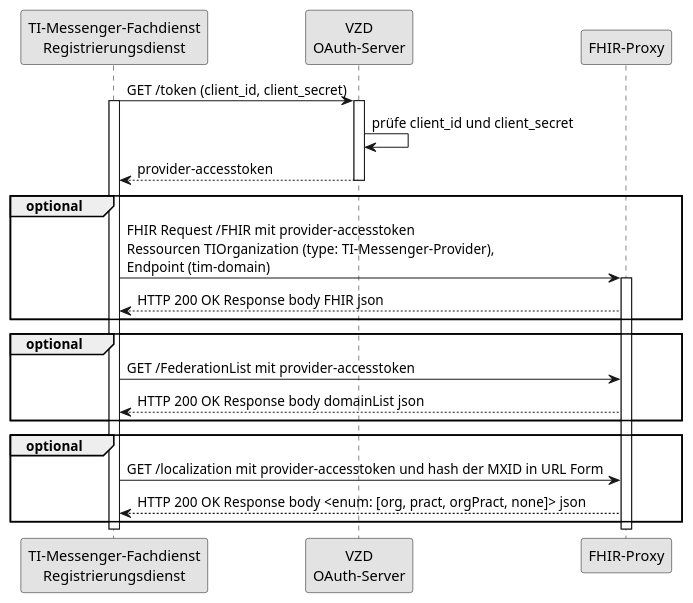
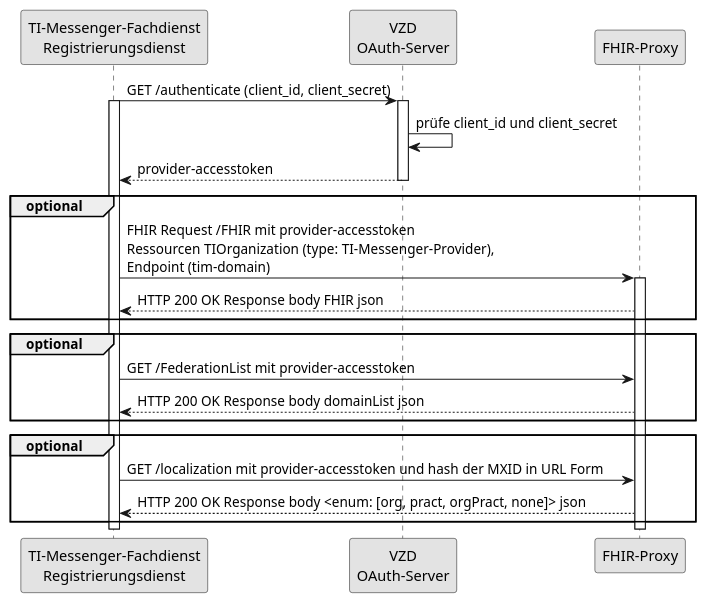
Before and after one commit to gematik/api-vzd: the diagram in src/plantuml/SequenceDiagram.FHIR-Directory.tim_provider_services.puml, drawn with PlantUML.

Commit message:
Update SequenceDiagram.FHIR-Directory.tim_provider_services.puml
GET /token -> GET /authenticate

```diff
--- a/src/plantuml/SequenceDiagram.FHIR-Directory.tim_provider_services.puml
+++ b/src/plantuml/SequenceDiagram.FHIR-Directory.tim_provider_services.puml
@@ -1,32 +1,32 @@
 @startuml I_VZD_TIM_Provider_Services
 skinparam dpi 100
 skinparam WrapWidth 200
 skinparam monochrome true
 
 participant rd as "TI-Messenger-Fachdienst\nRegistrierungsdienst"
 participant oa as "VZD\nOAuth-Server"
 participant fp as "FHIR-Proxy"
 
-rd -> oa: GET /token (client_id, client_secret)
+rd -> oa: GET /authenticate (client_id, client_secret)
 activate rd
 activate oa
 oa -> oa: prüfe client_id und client_secret
 oa --> rd: provider-accesstoken
 deactivate oa
 group optional
 rd -> fp: FHIR Request /FHIR mit provider-accesstoken\nRessourcen TIOrganization (type: TI-Messenger-Provider),\nEndpoint (tim-domain)
 activate fp
 fp --> rd: HTTP 200 OK Response body FHIR json
 end
 group optional
 rd -> fp: GET /FederationList mit provider-accesstoken
 fp --> rd: HTTP 200 OK Response body domainList json
 end
 group optional
 rd -> fp: GET /localization mit provider-accesstoken und hash der MXID in URL Form
 fp --> rd: HTTP 200 OK Response body <enum: [org, pract, orgPract, none]> json
 end
 
 deactivate fp
 deactivate rd
 @enduml
```
